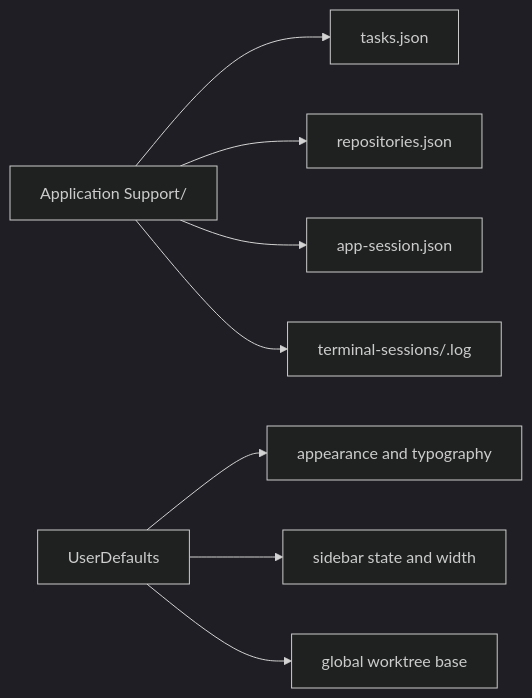
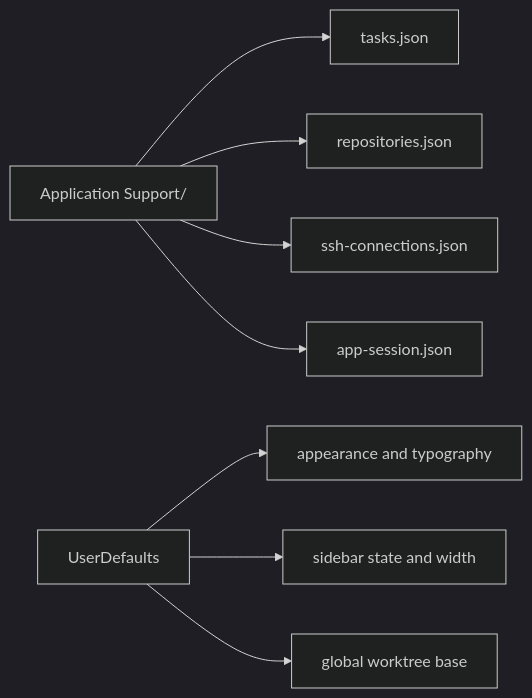
Before and after one commit to gh0stonio/pinata: the third of 5 diagrams in docs/application-architecture.md, drawn with Mermaid (dark theme). The commit also changed other lines of this file and 24 other files, not shown here.

````diff
--- a/docs/application-architecture.md
+++ b/docs/application-architecture.md
@@ -88,10 +98,10 @@
 ```mermaid
 flowchart LR
     AppSupport[Application Support/<bundle-id>] --> Tasks[tasks.json]
     AppSupport --> Repos[repositories.json]
+    AppSupport --> Connections[ssh-connections.json]
     AppSupport --> Session[app-session.json]
-    AppSupport --> Journals[terminal-sessions/<pane-id>.log]
     Defaults[UserDefaults] --> Appearance[appearance and typography]
     Defaults --> Sidebar[sidebar state and width]
     Defaults --> WorktreeDefault[global worktree base]
 ```
````
